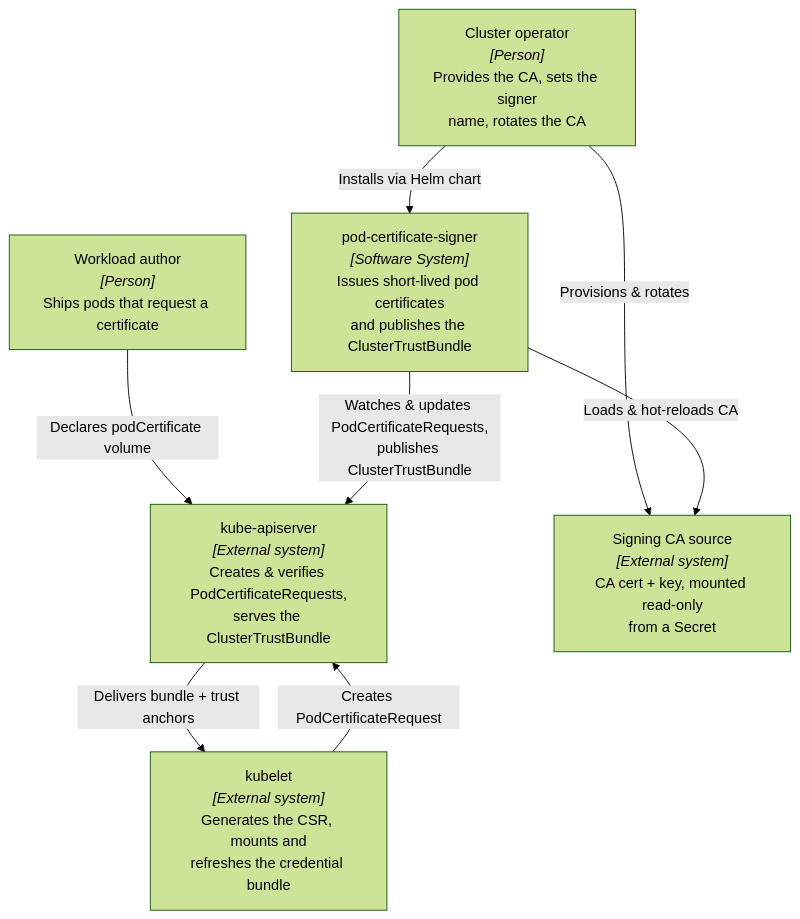
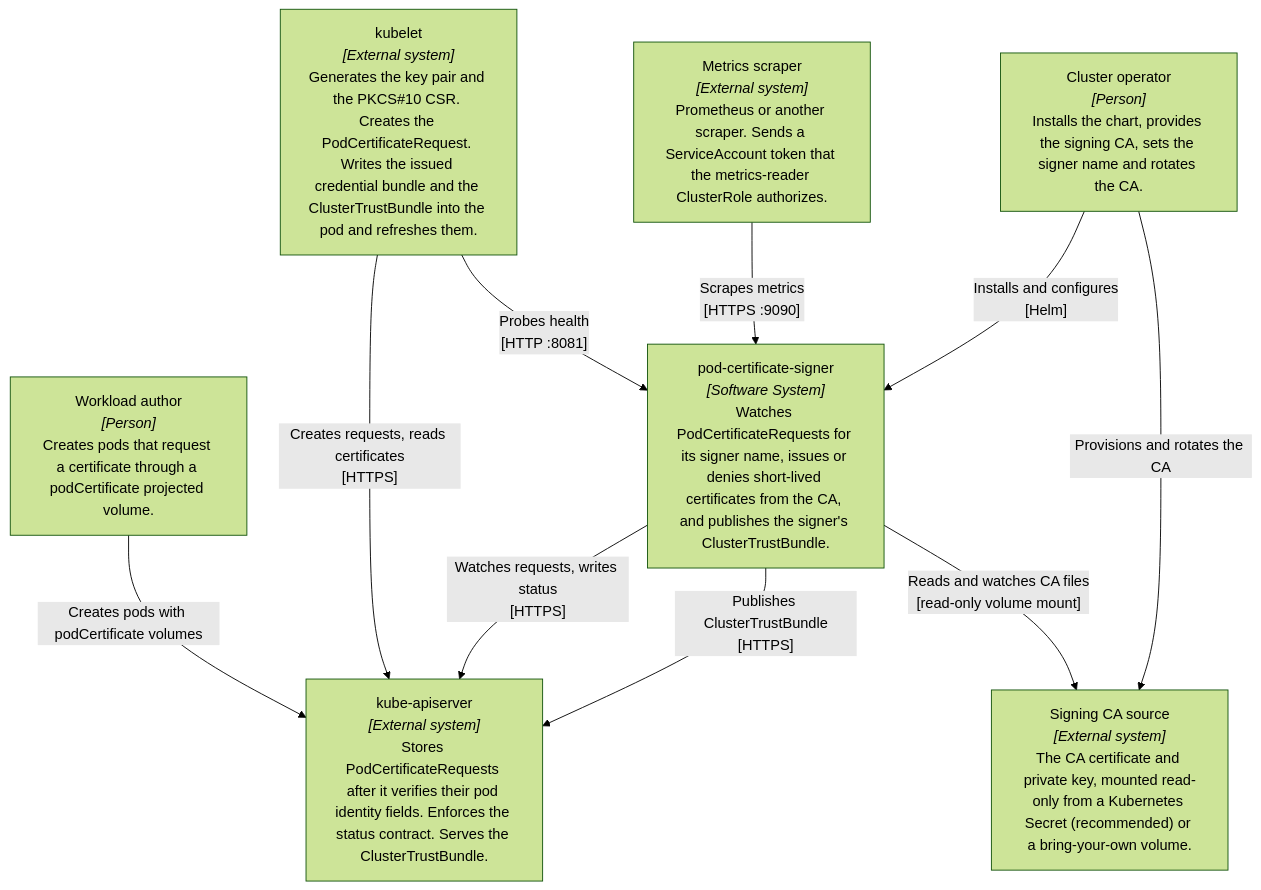
One commit to RafPe/pod-certificate-signer changed the second of 4 diagrams in docs/architecture.md. Above: the diagram before and after it, drawn with Mermaid (forest theme). The commit also changed other lines of this file and 36 other files, not shown here.

First line of the commit message:
docs: check every page against the code, correct the diagrams and write in plain English (#191)

````diff
--- a/docs/architecture.md
+++ b/docs/architecture.md
@@ -78,19 +111,22 @@
 ```mermaid
 flowchart TB
-    operator["Cluster operator<br/><i>[Person]</i><br/>Provides the CA, sets the signer<br/>name, rotates the CA"]
-    workload["Workload author<br/><i>[Person]</i><br/>Ships pods that request a certificate"]
+    operator["Cluster operator<br/><i>[Person]</i><br/>Installs the chart, provides the signing CA, sets the signer name and rotates the CA."]
+    workload["Workload author<br/><i>[Person]</i><br/>Creates pods that request a certificate through a podCertificate projected volume."]
 
-    signer["pod-certificate-signer<br/><i>[Software System]</i><br/>Issues short-lived pod certificates<br/>and publishes the ClusterTrustBundle"]
+    signer["pod-certificate-signer<br/><i>[Software System]</i><br/>Watches PodCertificateRequests for its signer name, issues or denies short-lived certificates from the CA, and publishes the signer's ClusterTrustBundle."]
 
-    api["kube-apiserver<br/><i>[External system]</i><br/>Creates &amp; verifies PodCertificateRequests,<br/>serves the ClusterTrustBundle"]
-    kubelet["kubelet<br/><i>[External system]</i><br/>Generates the CSR, mounts and<br/>refreshes the credential bundle"]
-    ca["Signing CA source<br/><i>[External system]</i><br/>CA cert + key, mounted read-only<br/>from a Secret"]
+    api["kube-apiserver<br/><i>[External system]</i><br/>Stores PodCertificateRequests after it verifies their pod identity fields. Enforces the status contract. Serves the ClusterTrustBundle."]
+    kubelet["kubelet<br/><i>[External system]</i><br/>Generates the key pair and the PKCS#10 CSR. Creates the PodCertificateRequest. Writes the issued credential bundle and the ClusterTrustBundle into the pod and refreshes them."]
+    ca["Signing CA source<br/><i>[External system]</i><br/>The CA certificate and private key, mounted read-only from a Kubernetes Secret (recommended) or a bring-your-own volume."]
+    scraper["Metrics scraper<br/><i>[External system]</i><br/>Prometheus or another scraper. Sends a ServiceAccount token that the metrics-reader ClusterRole authorizes."]
 
-    operator -->|Provisions &amp; rotates| ca
-    operator -->|Installs via Helm chart| signer
-    workload -->|Declares podCertificate volume| api
-    signer -->|Watches &amp; updates PodCertificateRequests,<br/>publishes ClusterTrustBundle| api
-    signer -->|Loads &amp; hot-reloads CA| ca
-    kubelet -->|Creates PodCertificateRequest| api
-    api -->|Delivers bundle + trust anchors| kubelet
+    workload -->|"Creates pods with podCertificate volumes"| api
+    kubelet -->|"Creates requests, reads certificates<br/>[HTTPS]"| api
+    kubelet -->|"Probes health<br/>[HTTP :8081]"| signer
+    signer -->|"Watches requests, writes status<br/>[HTTPS]"| api
+    signer -->|"Publishes ClusterTrustBundle<br/>[HTTPS]"| api
+    scraper -->|"Scrapes metrics<br/>[HTTPS :9090]"| signer
+    operator -->|"Installs and configures<br/>[Helm]"| signer
+    signer -->|"Reads and watches CA files<br/>[read-only volume mount]"| ca
+    operator -->|"Provisions and rotates the CA"| ca
 ```
````
